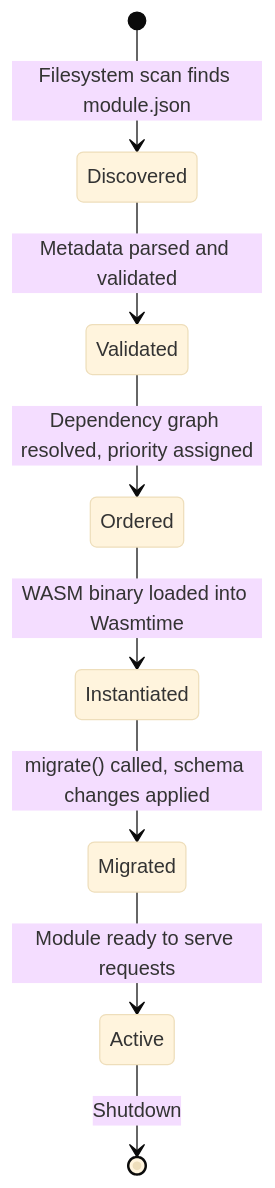
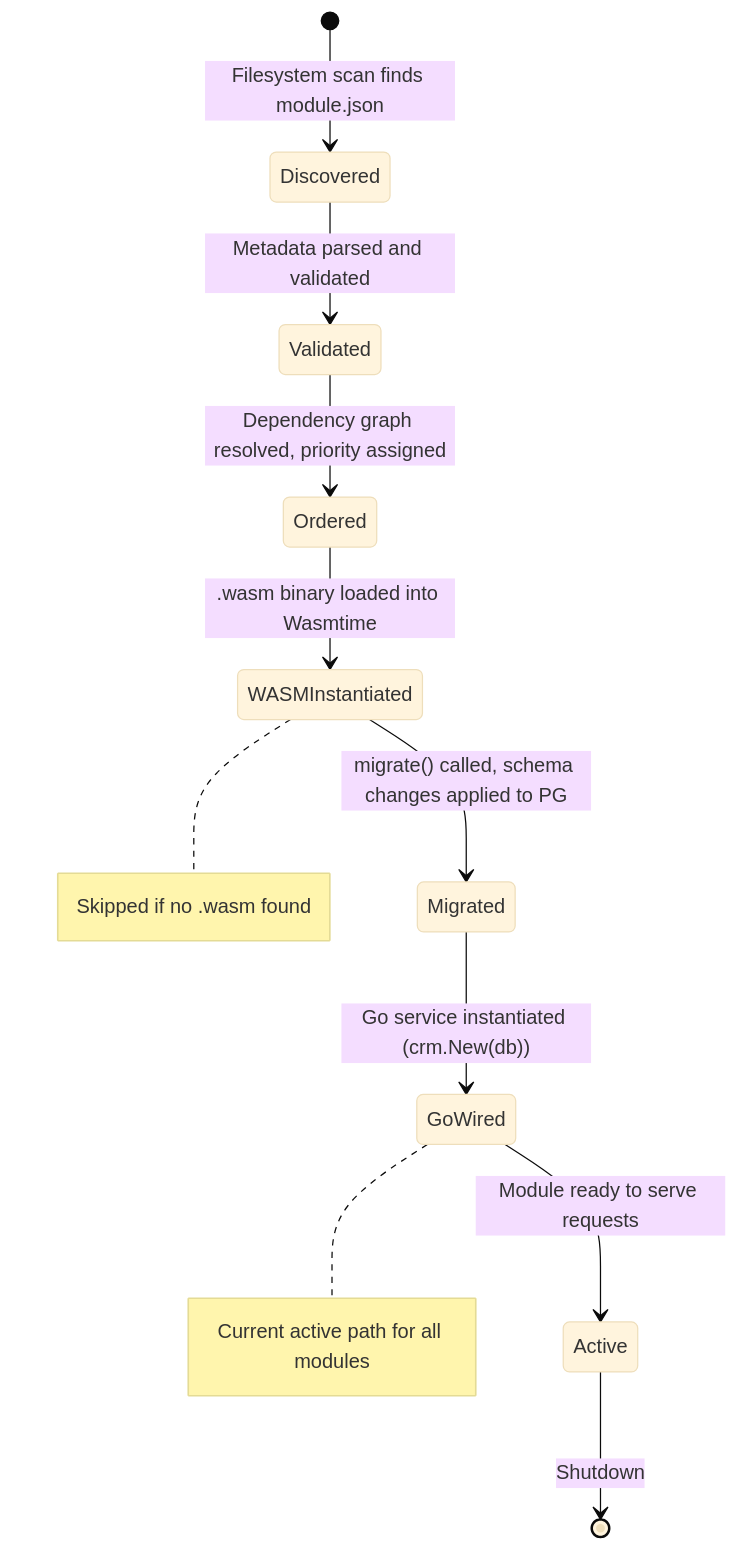
Before and after one commit to noiia/EERP-Documentation-Wiki: the first of 5 diagrams in docs/core/module-system.md, drawn with Mermaid (base theme). The commit also changed other lines of this file and 38 other files, not shown here.

````diff
--- a/docs/core/module-system.md
+++ b/docs/core/module-system.md
@@ -70,10 +92,14 @@
 ```mermaid
 stateDiagram-v2
     [*] --> Discovered: Filesystem scan finds module.json
     Discovered --> Validated: Metadata parsed and validated
     Validated --> Ordered: Dependency graph resolved, priority assigned
-    Ordered --> Instantiated: WASM binary loaded into Wasmtime
-    Instantiated --> Migrated: migrate() called, schema changes applied
-    Migrated --> Active: Module ready to serve requests
+    Ordered --> WASMInstantiated: .wasm binary loaded into Wasmtime
+    WASMInstantiated --> Migrated: migrate() called, schema changes applied to PG
+    Migrated --> GoWired: Go service instantiated (crm.New(db))
+    GoWired --> Active: Module ready to serve requests
     Active --> [*]: Shutdown
+
+    note right of WASMInstantiated: Skipped if no .wasm found
+    note right of GoWired: Current active path for all modules
 ```
````
